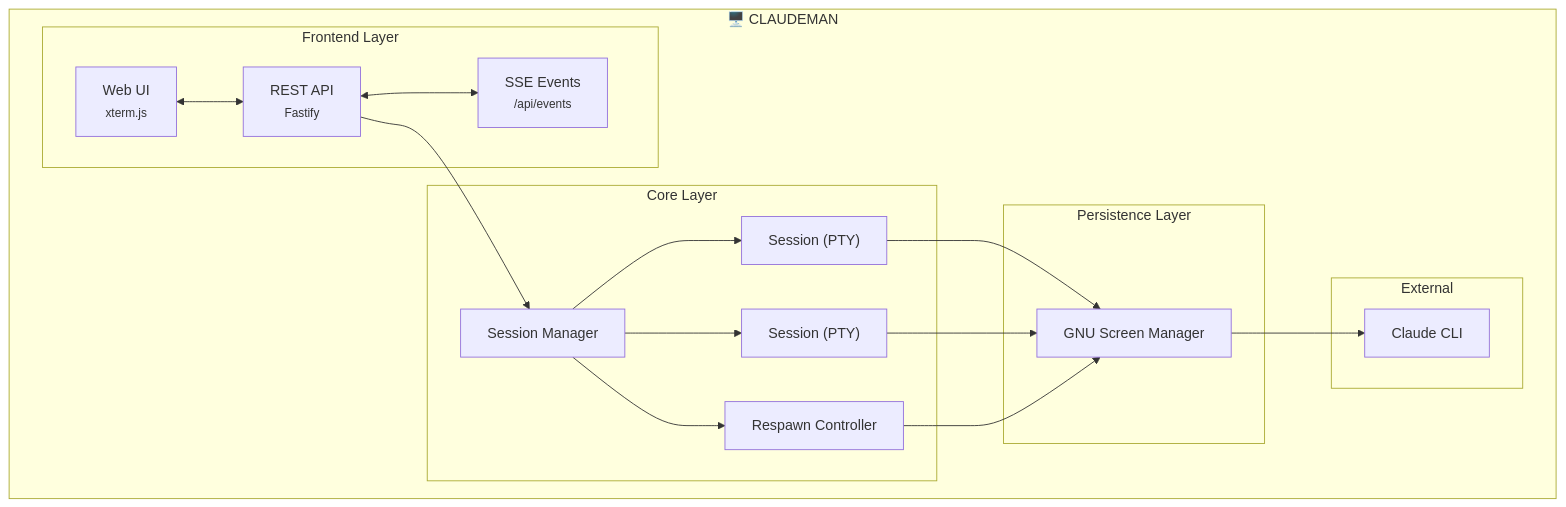
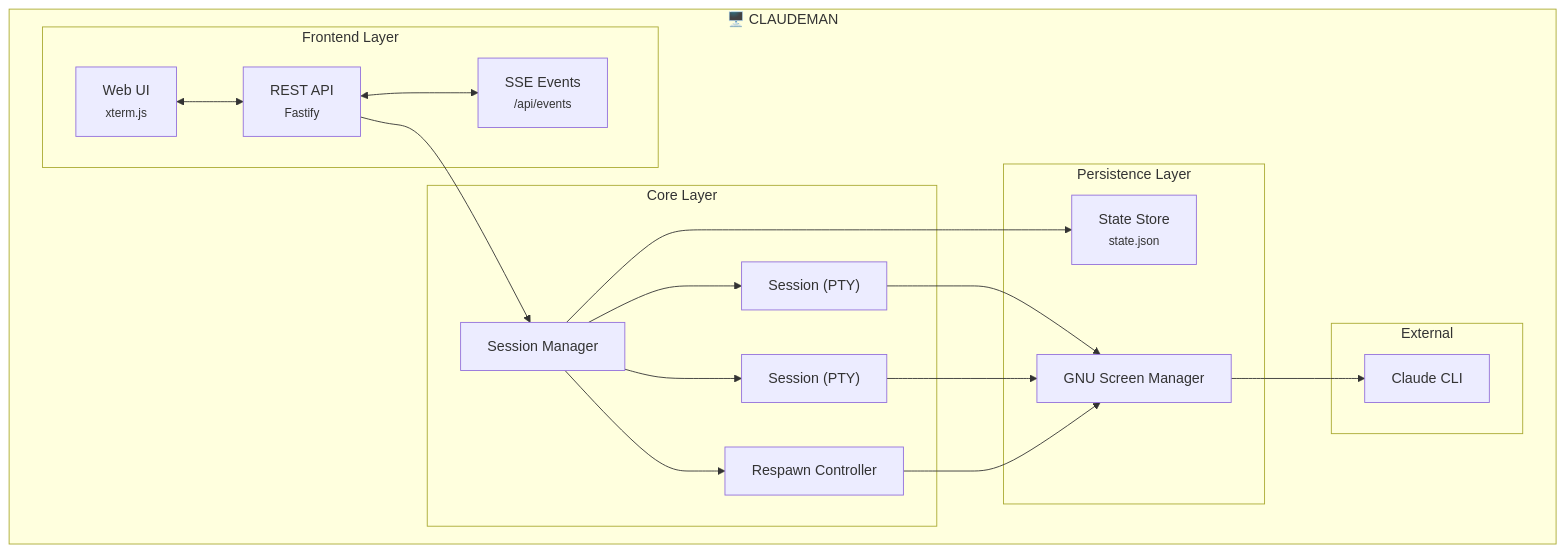
Before and after one commit to SGudbrandsson/Codeman: the diagram in README.md, drawn with Mermaid. The commit also changed other lines of this file and 3 other files, not shown here.

````diff
--- a/README.md
+++ b/README.md
@@ -221,36 +223,38 @@
 ```mermaid
 flowchart TB
     subgraph Claudeman["🖥️ CLAUDEMAN"]
         subgraph Frontend["Frontend Layer"]
             UI["Web UI<br/><small>xterm.js</small>"]
             API["REST API<br/><small>Fastify</small>"]
             SSE["SSE Events<br/><small>/api/events</small>"]
         end
 
         subgraph Core["Core Layer"]
             SM["Session Manager"]
             S1["Session (PTY)"]
             S2["Session (PTY)"]
             RC["Respawn Controller"]
         end
 
         subgraph Persistence["Persistence Layer"]
             SCR["GNU Screen Manager"]
+            SS["State Store<br/><small>state.json</small>"]
         end
 
         subgraph External["External"]
             CLI["Claude CLI"]
         end
     end
 
     UI <--> API
     API <--> SSE
     API --> SM
     SM --> S1
     SM --> S2
     SM --> RC
+    SM --> SS
     S1 --> SCR
     S2 --> SCR
     RC --> SCR
     SCR --> CLI
 ```
````
